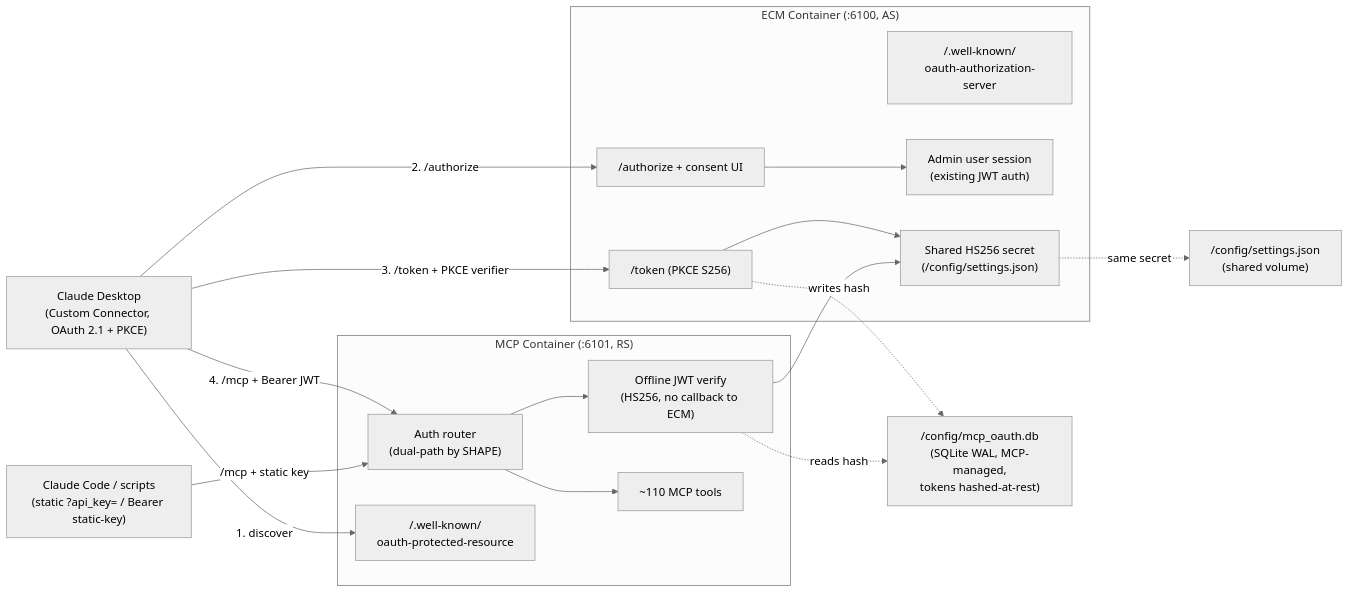
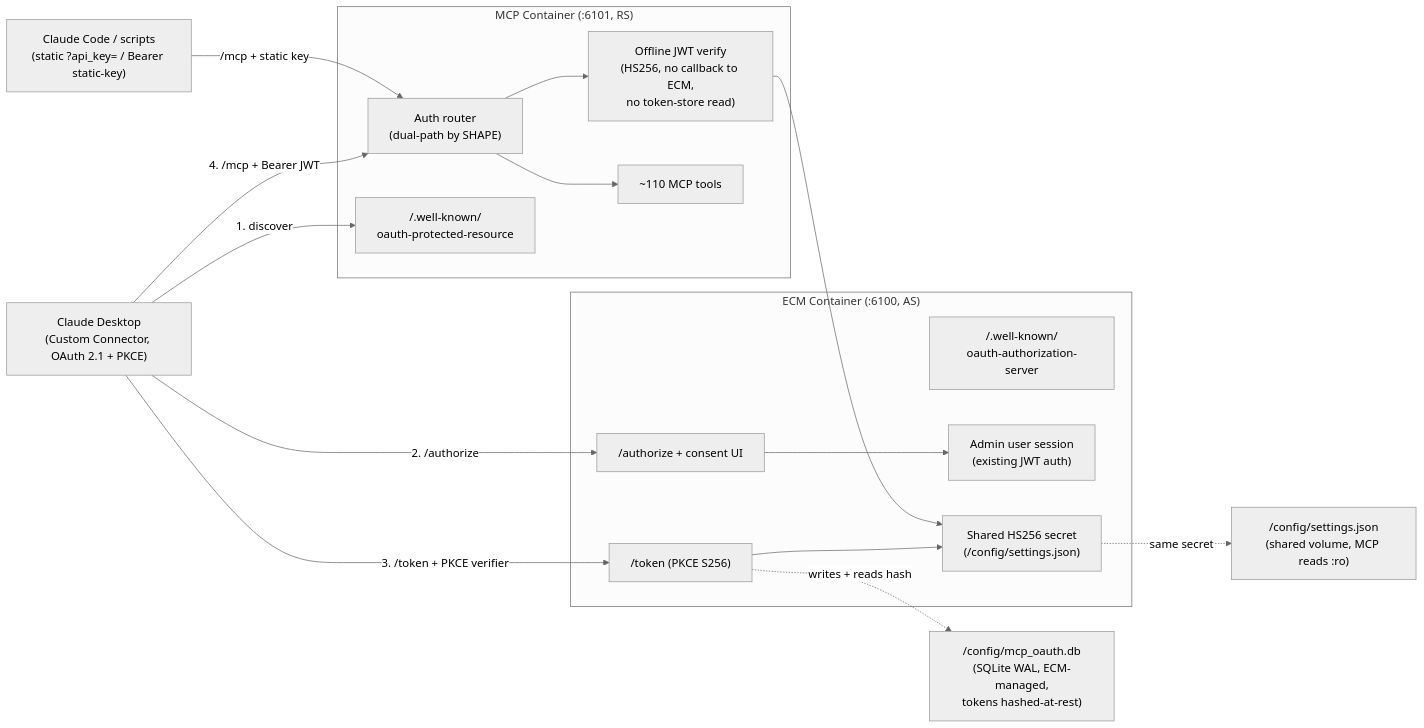
Before and after one commit to MotWakorb/enhancedchannelmanager: the diagram in docs/adr/ADR-009-mcp-oauth-authorization-server-split.md, drawn with Mermaid (neutral theme). The commit also changed other lines of this file and 6 other files, not shown here.

````diff
--- a/docs/adr/ADR-009-mcp-oauth-authorization-server-split.md
+++ b/docs/adr/ADR-009-mcp-oauth-authorization-server-split.md
@@ -41,37 +41,36 @@
 ```mermaid
 graph LR
     Desktop["Claude Desktop<br/>(Custom Connector, OAuth 2.1 + PKCE)"]
     Code["Claude Code / scripts<br/>(static ?api_key= / Bearer static-key)"]
 
     subgraph ECMContainer["ECM Container (:6100, AS)"]
         AuthZ["/authorize + consent UI"]
         Token["/token (PKCE S256)"]
         DiscAS["/.well-known/<br/>oauth-authorization-server"]
         Session["Admin user session<br/>(existing JWT auth)"]
         HS256["Shared HS256 secret<br/>(/config/settings.json)"]
     end
 
     subgraph MCPContainer["MCP Container (:6101, RS)"]
         Route["Auth router<br/>(dual-path by SHAPE)"]
         DiscRS["/.well-known/<br/>oauth-protected-resource"]
-        Verify["Offline JWT verify<br/>(HS256, no callback to ECM)"]
+        Verify["Offline JWT verify<br/>(HS256, no callback to ECM,<br/>no token-store read)"]
         Tools["~110 MCP tools"]
     end
 
-    Store["/config/mcp_oauth.db<br/>(SQLite WAL, MCP-managed,<br/>tokens hashed-at-rest)"]
-    Settings["/config/settings.json<br/>(shared volume)"]
+    Store["/config/mcp_oauth.db<br/>(SQLite WAL, ECM-managed,<br/>tokens hashed-at-rest)"]
+    Settings["/config/settings.json<br/>(shared volume, MCP reads :ro)"]
 
     Desktop -->|"1. discover"| DiscRS
     Desktop -->|"2. /authorize"| AuthZ
     AuthZ --> Session
     Desktop -->|"3. /token + PKCE verifier"| Token
     Token --> HS256
-    Token -.writes hash.-> Store
+    Token -.writes + reads hash.-> Store
     Desktop -->|"4. /mcp + Bearer JWT"| Route
     Code -->|"/mcp + static key"| Route
     Route --> Verify
     Verify --> HS256
-    Verify -.reads hash.-> Store
     Route --> Tools
     HS256 -.same secret.-> Settings
 ```
````
